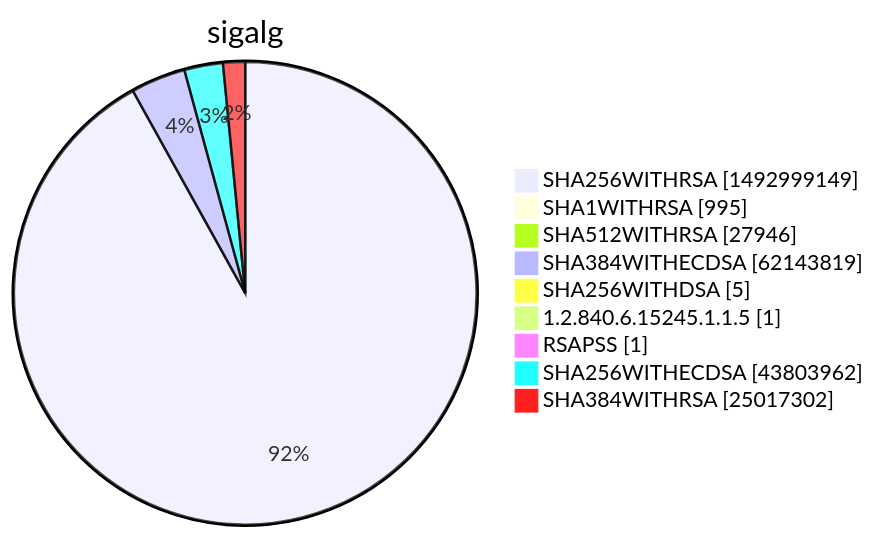
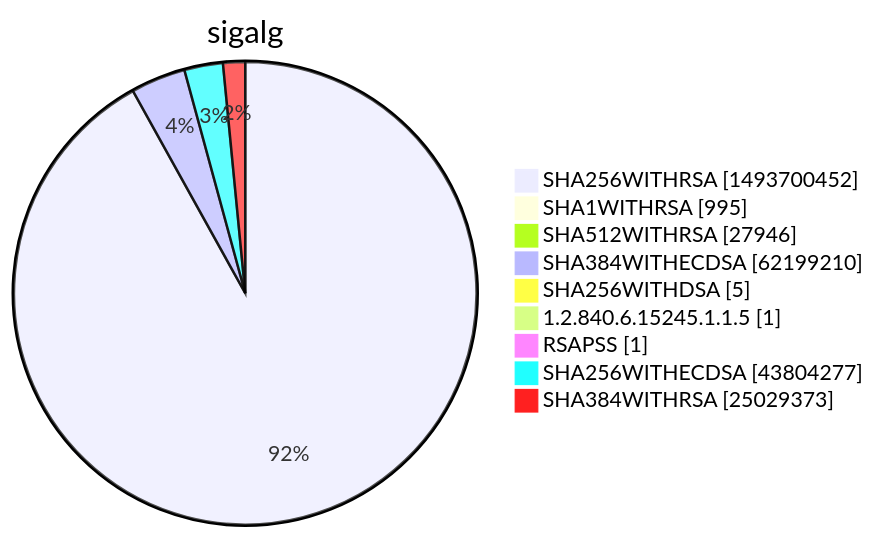
One commit to christiankrug/ctmonitor_visualization changed diagram 15 of 15 in xenon2022/README.md. Above: the diagram before and after it, drawn with Mermaid. The commit also changed other lines of this file, not shown here.

````diff
--- a/xenon2022/README.md
+++ b/xenon2022/README.md
@@ -5864,13 +5864,13 @@
 ```mermaid
 pie showData
 title sigalg
-"SHA256WITHRSA" :1492999149
+"SHA256WITHRSA" :1493700452
 "SHA1WITHRSA" :995
 "SHA512WITHRSA" :27946
-"SHA384WITHECDSA" :62143819
+"SHA384WITHECDSA" :62199210
 "SHA256WITHDSA" :5
 "1.2.840.6.15245.1.1.5" :1
 "RSAPSS" :1
-"SHA256WITHECDSA" :43803962
-"SHA384WITHRSA" :25017302
+"SHA256WITHECDSA" :43804277
+"SHA384WITHRSA" :25029373
 ```
````
